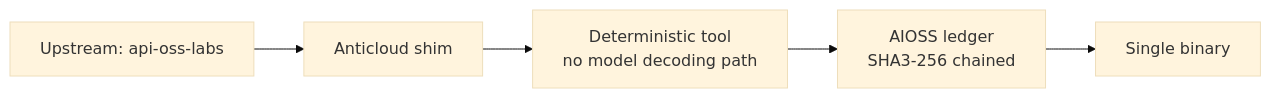
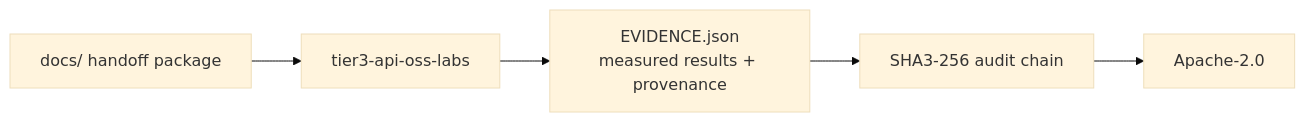
Before and after one commit to the-anticloud/tier3-api-oss-labs: the diagram in README.md, drawn with Mermaid (base theme). The commit also changed other lines of this file and 10 other files, not shown here.

````diff
--- a/README.md
+++ b/README.md
@@ -11,7 +22,7 @@
 ```mermaid
 graph LR
-    U[Upstream: api-oss-labs] --> S[Anticloud shim]
-    S --> T[Deterministic tool<br/>no model decoding path]
-    T --> A[AIOSS ledger<br/>SHA3-256 chained]
-    A --> B[Single binary]
+    D[docs/ handoff package] --> R[tier3-api-oss-labs]
+    R --> E[EVIDENCE.json\nmeasured results + provenance]
+    E --> A[SHA3-256 audit chain]
+    A --> L[Apache-2.0]
 ```
````
